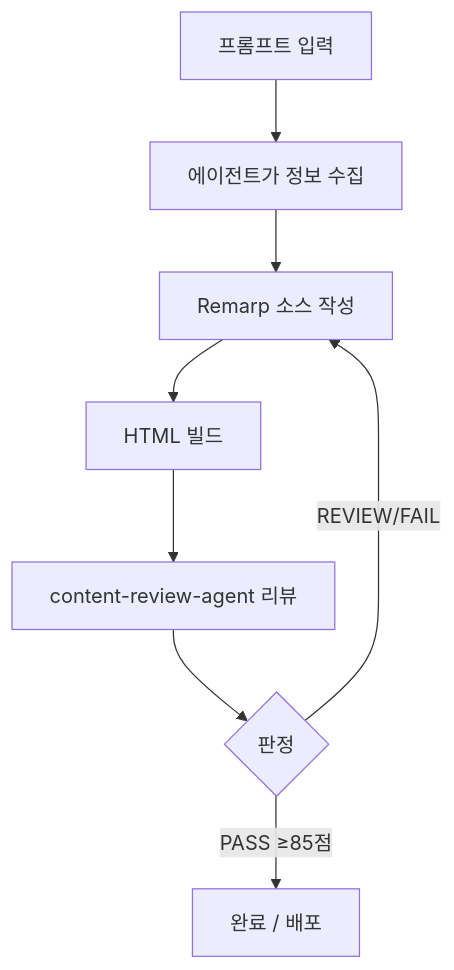
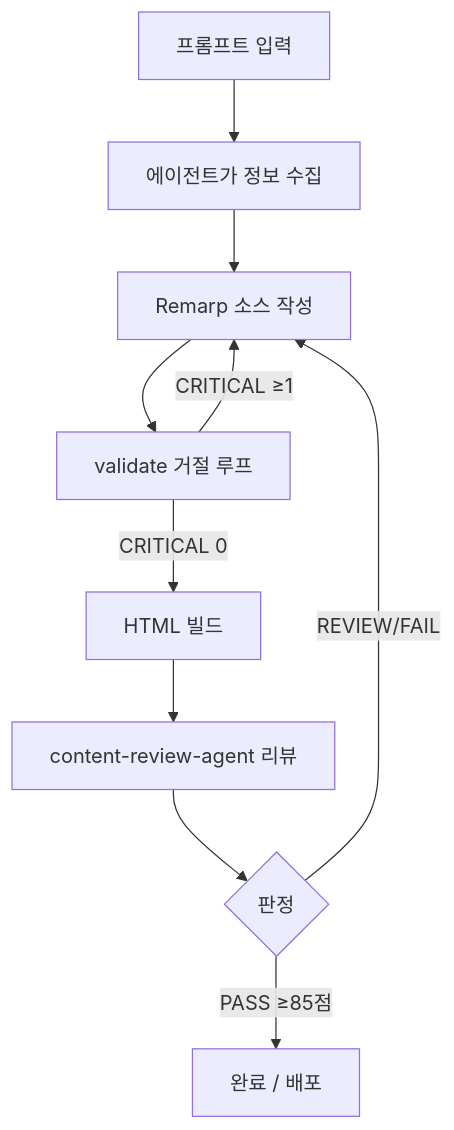
The diagram in docs/docs/aws-content-plugin/usage-guide.md (Atom-oh/oh-my-cloud-skills), drawn with Mermaid before and after one commit. The commit also changed other lines of this file and 18 other files, not shown here.

````diff
--- a/docs/docs/aws-content-plugin/usage-guide.md
+++ b/docs/docs/aws-content-plugin/usage-guide.md
@@ -78,10 +78,12 @@
 ```mermaid
 flowchart TD
     A[프롬프트 입력] --> B[에이전트가 정보 수집]
     B --> C[Remarp 소스 작성]
-    C --> D[HTML 빌드]
+    C --> V[validate 거절 루프]
+    V -->|CRITICAL 0| D[HTML 빌드]
+    V -->|CRITICAL ≥1| C
     D --> E[content-review-agent 리뷰]
     E --> F{판정}
     F -->|PASS ≥85점| G[완료 / 배포]
     F -->|REVIEW/FAIL| C
 ```
````
